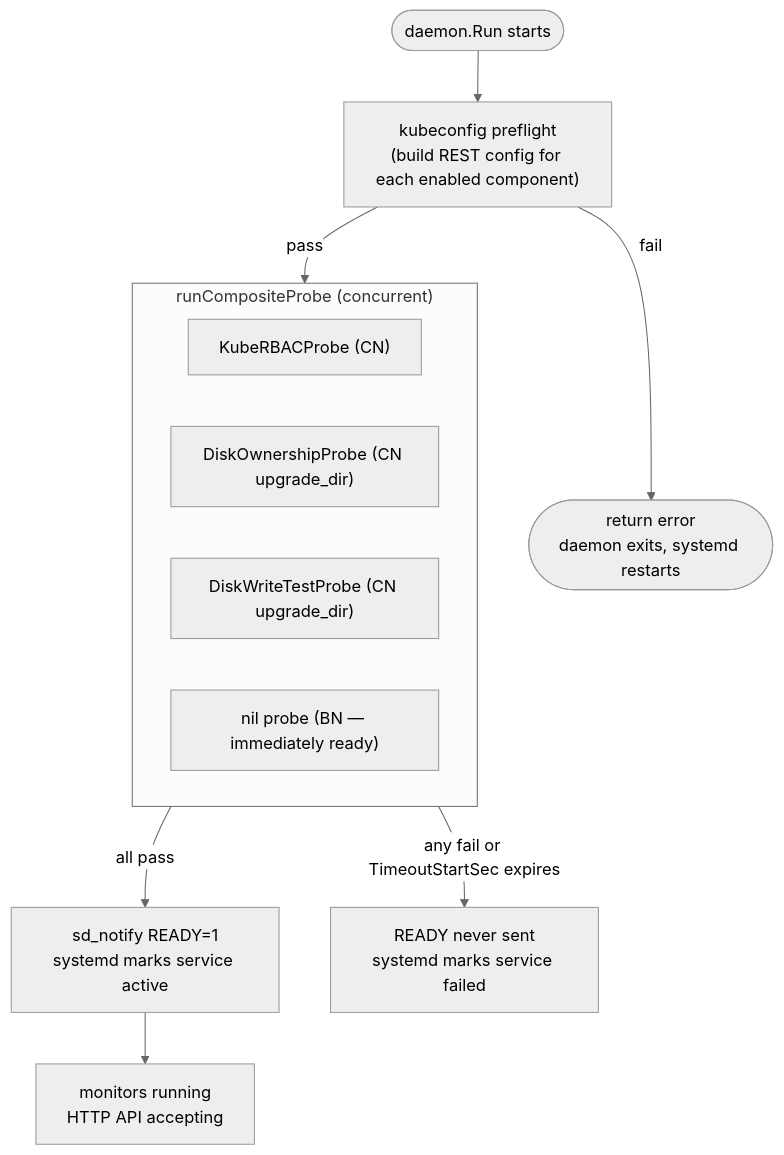
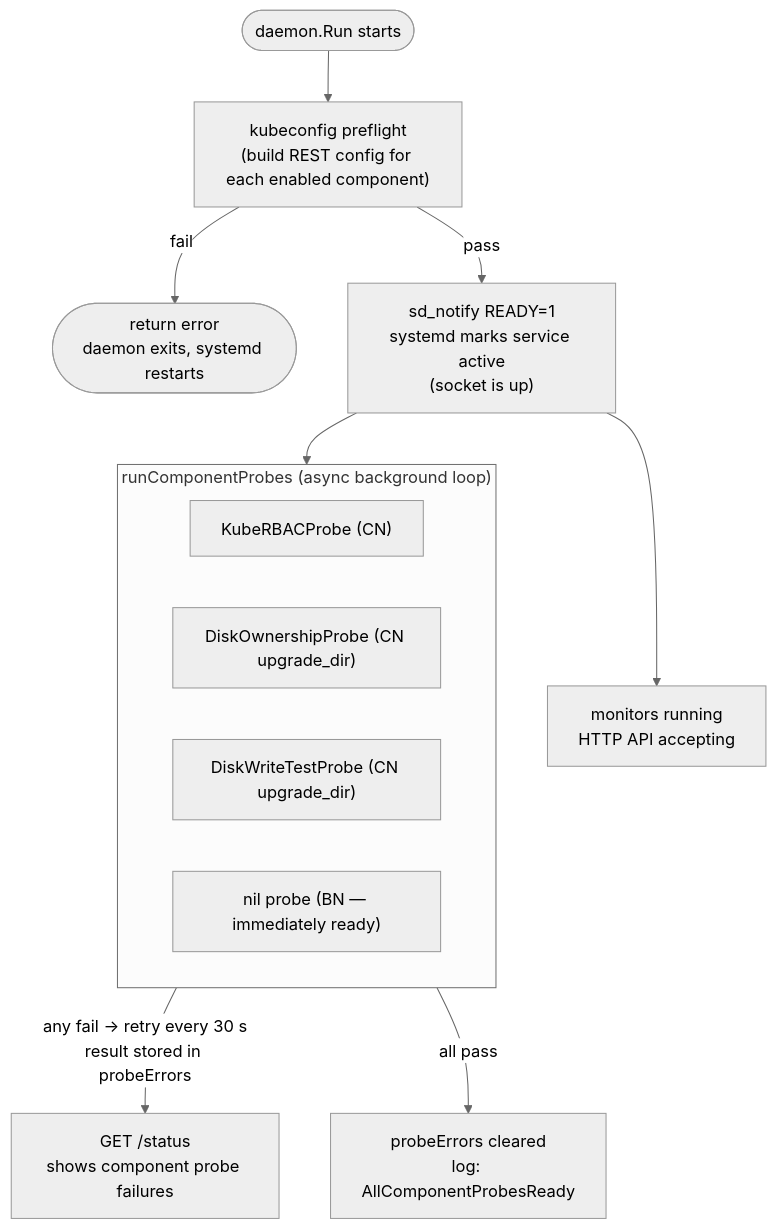
One commit to hashgraph/solo-weaver changed the fourth of 5 diagrams in docs/dev/daemon/daemon-architecture.md. Above: the diagram before and after it, drawn with Mermaid (neutral theme). The commit also changed other lines of this file and 3 other files, not shown here.

First line of the commit message:
fix(daemon): gate install exit code on component probe results

````diff
--- a/docs/dev/daemon/daemon-architecture.md
+++ b/docs/dev/daemon/daemon-architecture.md
@@ -236,19 +244,22 @@
 ```mermaid
 flowchart TD
     start(["daemon.Run starts"]) --> preflight
     preflight["kubeconfig preflight\n(build REST config for each enabled component)"] -->|fail| abort(["return error\ndaemon exits, systemd restarts"])
-    preflight -->|pass| rcp
+    preflight -->|pass| ready
 
-    subgraph rcp["runCompositeProbe (concurrent)"]
+    ready["sd_notify READY=1\nsystemd marks service active\n(socket is up)"] --> monitors
+    ready --> probeloop
+
+    monitors["monitors running\nHTTP API accepting"]
+
+    subgraph probeloop["runComponentProbes (async background loop)"]
         direction LR
         p1["KubeRBACProbe (CN)"]
         p2["DiskOwnershipProbe (CN upgrade_dir)"]
         p3["DiskWriteTestProbe (CN upgrade_dir)"]
         p4["nil probe (BN — immediately ready)"]
     end
 
-    rcp -->|all pass| ready["sd_notify READY=1\nsystemd marks service active"]
-    rcp -->|"any fail or TimeoutStartSec expires"| noready["READY never sent\nsystemd marks service failed"]
-
-    ready --> monitors["monitors running\nHTTP API accepting"]
+    probeloop -->|"any fail → retry every 30 s\nresult stored in probeErrors"| status["GET /status\nshows component probe failures"]
+    probeloop -->|all pass| allready["probeErrors cleared\nlog: AllComponentProbesReady"]
 ```
````
